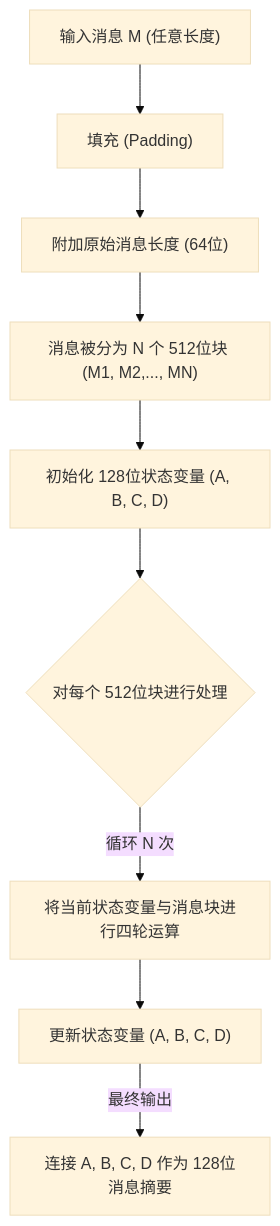
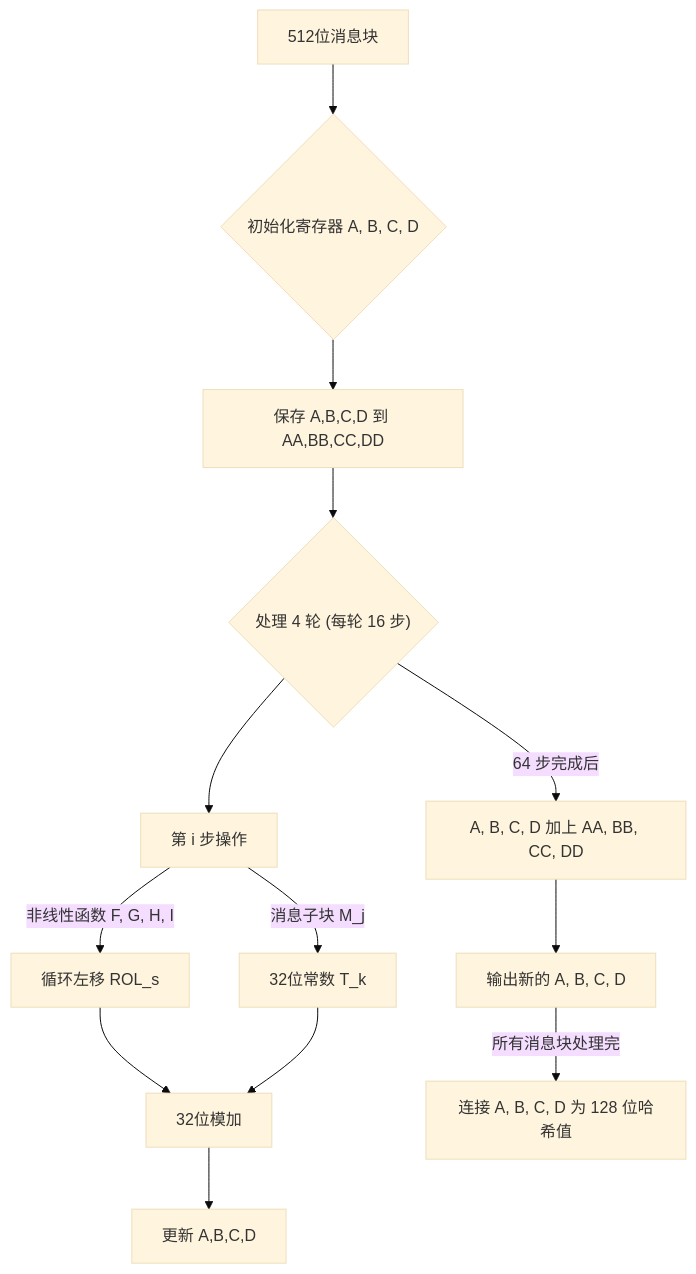
The diagram in source/_posts/2024/2024-06-18_MD5 (Message-Digest Algorithm 5)算法详解.md (teatang/t-blog), drawn with Mermaid (base theme) before and after one commit. The commit also changed other lines of this file and 5 other files, not shown here.

```diff
--- a/source/_posts/2024/2024-06-18_MD5 (Message-Digest Algorithm 5)算法详解.md
+++ b/source/_posts/2024/2024-06-18_MD5 (Message-Digest Algorithm 5)算法详解.md
@@ -45,11 +89,14 @@
 {% mermaid %}
 graph TD
-    A["输入消息 M (任意长度)"] --> B["填充 (Padding)"]
-    B --> C["附加原始消息长度 (64位)"]
-    C --> D["消息被分为 N 个 512位块 (M1, M2,..., MN)"]
-    D --> E["初始化 128位状态变量 (A, B, C, D)"]
-    E --> F{对每个 512位块进行处理}
-    F -- 循环 N 次 --> G[将当前状态变量与消息块进行四轮运算]
-    G --> H["更新状态变量 (A, B, C, D)"]
-    H -- 最终输出 --> I[连接 A, B, C, D 作为 128位消息摘要]
+    A[512位消息块] --> B{初始化寄存器 A, B, C, D};
+    B --> C[保存 A,B,C,D 到 AA,BB,CC,DD];
+    C --> D{"处理 4 轮 (每轮 16 步)"};
+    D --> E[第 i 步操作];
+    E -- 非线性函数 F, G, H, I --> F1[循环左移 ROL_s];
+    E -- 消息子块 M_j --> F2[32位常数 T_k];
+    F1 & F2 --> G[32位模加];
+    G --> H[更新 A,B,C,D];
+    D -- 64 步完成后 --> I[A, B, C, D 加上 AA, BB, CC, DD];
+    I --> J[输出新的 A, B, C, D];
+    J -- 所有消息块处理完 --> K[连接 A, B, C, D 为 128 位哈希值];
 {% endmermaid %}
```
